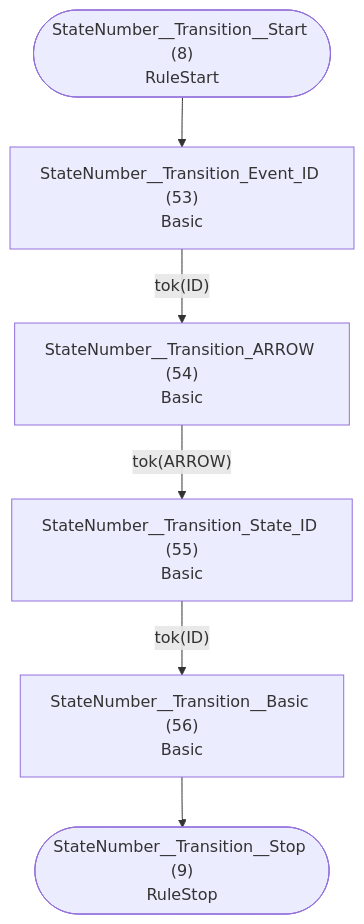
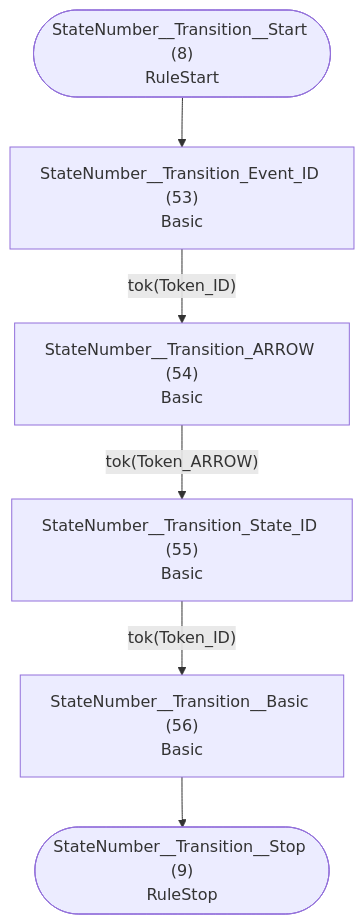
Before and after one commit to TypeFox/fastbelt: the fifth of 5 diagrams in examples/statemachine/atn.md, drawn with Mermaid. The commit also changed other lines of this file and 18 other files, not shown here.

````diff
--- a/examples/statemachine/atn.md
+++ b/examples/statemachine/atn.md
@@ -139,15 +139,15 @@
 ```mermaid
 flowchart TD
     q8(["StateNumber__Transition__Start (8)<br/>RuleStart"])
     q9(["StateNumber__Transition__Stop (9)<br/>RuleStop"])
     q53["StateNumber__Transition_Event_ID (53)<br/>Basic<br/>"]
     q54["StateNumber__Transition_ARROW (54)<br/>Basic<br/>"]
     q55["StateNumber__Transition_State_ID (55)<br/>Basic<br/>"]
     q56["StateNumber__Transition__Basic (56)<br/>Basic<br/>"]
 
     q8 --> q53
-    q53 -->|"tok(ID)"| q54
-    q54 -->|"tok(ARROW)"| q55
-    q55 -->|"tok(ID)"| q56
+    q53 -->|"tok(Token_ID)"| q54
+    q54 -->|"tok(Token_ARROW)"| q55
+    q55 -->|"tok(Token_ID)"| q56
     q56 --> q9
 ```
````
